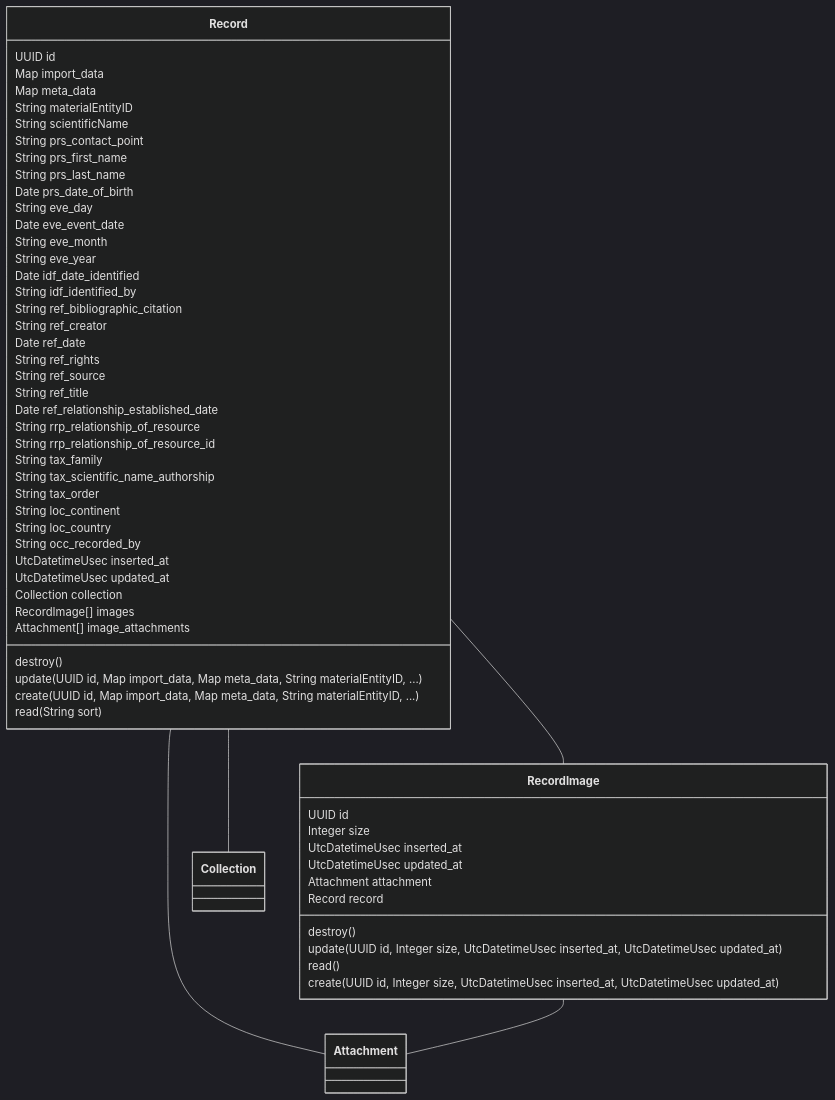
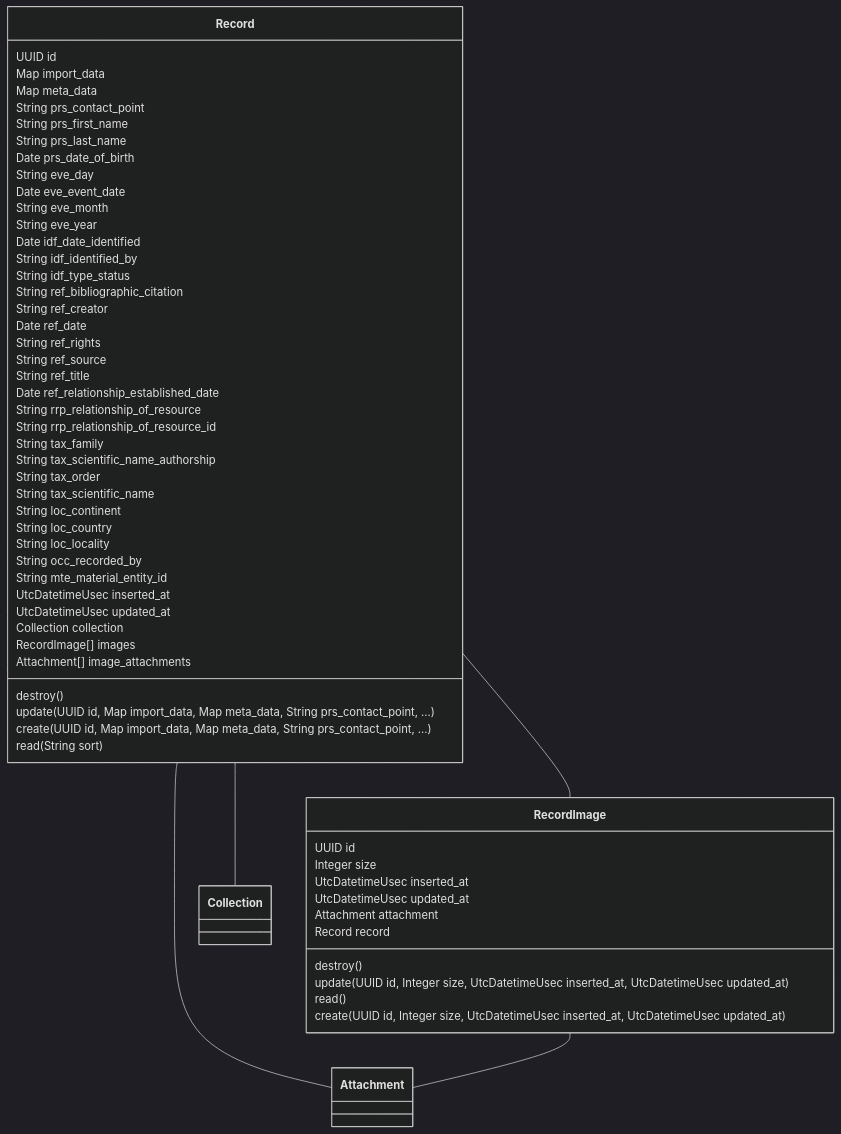
One commit to zebbra/data_aggregator changed the third of 8 diagrams in docs/api.md. Above: the diagram before and after it, drawn with Mermaid (dark theme). The commit also changed other lines of this file and 6 other files, not shown here.

Commit message:
Ignore generated mermaid diagrams

````diff
--- a/docs/api.md
+++ b/docs/api.md
@@ -194,61 +194,63 @@
 ```mermaid
 classDiagram
     class Record {
         UUID id
         Map import_data
         Map meta_data
-        String materialEntityID
-        String scientificName
         String prs_contact_point
         String prs_first_name
         String prs_last_name
         Date prs_date_of_birth
         String eve_day
         Date eve_event_date
         String eve_month
         String eve_year
         Date idf_date_identified
         String idf_identified_by
+        String idf_type_status
         String ref_bibliographic_citation
         String ref_creator
         Date ref_date
         String ref_rights
         String ref_source
         String ref_title
         Date ref_relationship_established_date
         String rrp_relationship_of_resource
         String rrp_relationship_of_resource_id
         String tax_family
         String tax_scientific_name_authorship
         String tax_order
+        String tax_scientific_name
         String loc_continent
         String loc_country
+        String loc_locality
         String occ_recorded_by
+        String mte_material_entity_id
         UtcDatetimeUsec inserted_at
         UtcDatetimeUsec updated_at
         Collection collection
         RecordImage[] images
         Attachment[] image_attachments
         destroy()
-        update(UUID id, Map import_data, Map meta_data, String materialEntityID, ...)
-        create(UUID id, Map import_data, Map meta_data, String materialEntityID, ...)
+        update(UUID id, Map import_data, Map meta_data, String prs_contact_point, ...)
+        create(UUID id, Map import_data, Map meta_data, String prs_contact_point, ...)
         read(String sort)
     }
     class RecordImage {
         UUID id
         Integer size
         UtcDatetimeUsec inserted_at
         UtcDatetimeUsec updated_at
         Attachment attachment
         Record record
         destroy()
         update(UUID id, Integer size, UtcDatetimeUsec inserted_at, UtcDatetimeUsec updated_at)
         read()
         create(UUID id, Integer size, UtcDatetimeUsec inserted_at, UtcDatetimeUsec updated_at)
     }
 
     Record -- RecordImage
     Record -- Attachment
     Record -- Collection
     RecordImage -- Attachment
 ```
````
